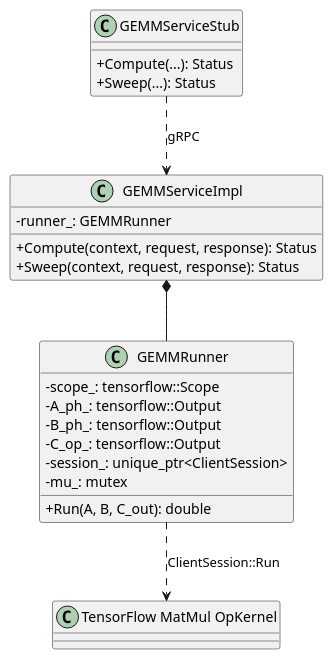
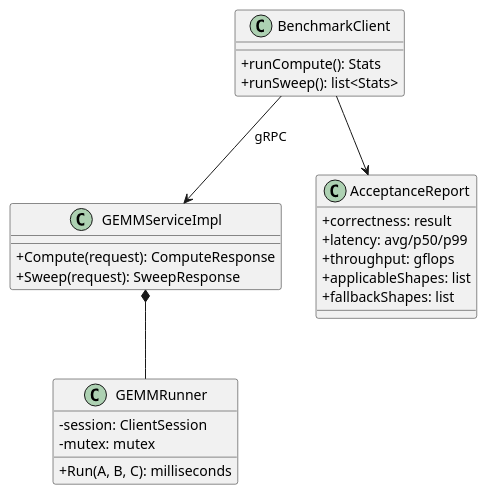
The tenth of 10 diagrams in references/detailed-design.md (wlmnzf40/kblas-gemm-tuning), drawn with PlantUML before and after one commit. The commit also changed other lines of this file, not shown here.

````diff
--- a/references/detailed-design.md
+++ b/references/detailed-design.md
@@ -447,31 +488,29 @@
 ```plantuml
 @startuml
 skinparam defaultFontName "Microsoft YaHei"
 skinparam classAttributeIconSize 0
-
 class GEMMRunner {
-  - scope_: tensorflow::Scope
-  - A_ph_: tensorflow::Output
-  - B_ph_: tensorflow::Output
-  - C_op_: tensorflow::Output
-  - session_: unique_ptr<ClientSession>
-  - mu_: mutex
-  + Run(A, B, C_out): double
+  - session: ClientSession
+  - mutex: mutex
+  + Run(A, B, C): milliseconds
 }
-
 class GEMMServiceImpl {
-  - runner_: GEMMRunner
-  + Compute(context, request, response): Status
-  + Sweep(context, request, response): Status
+  + Compute(request): ComputeResponse
+  + Sweep(request): SweepResponse
 }
-
-class GEMMServiceStub {
-  + Compute(...): Status
-  + Sweep(...): Status
+class BenchmarkClient {
+  + runCompute(): Stats
+  + runSweep(): list<Stats>
 }
-
+class AcceptanceReport {
+  + correctness: result
+  + latency: avg/p50/p99
+  + throughput: gflops
+  + applicableShapes: list
+  + fallbackShapes: list
+}
 GEMMServiceImpl *-- GEMMRunner
-GEMMServiceStub ..> GEMMServiceImpl : gRPC
-GEMMRunner ..> "TensorFlow MatMul OpKernel" : ClientSession::Run
+BenchmarkClient --> GEMMServiceImpl : gRPC
+BenchmarkClient --> AcceptanceReport
 @enduml
 ```
````
